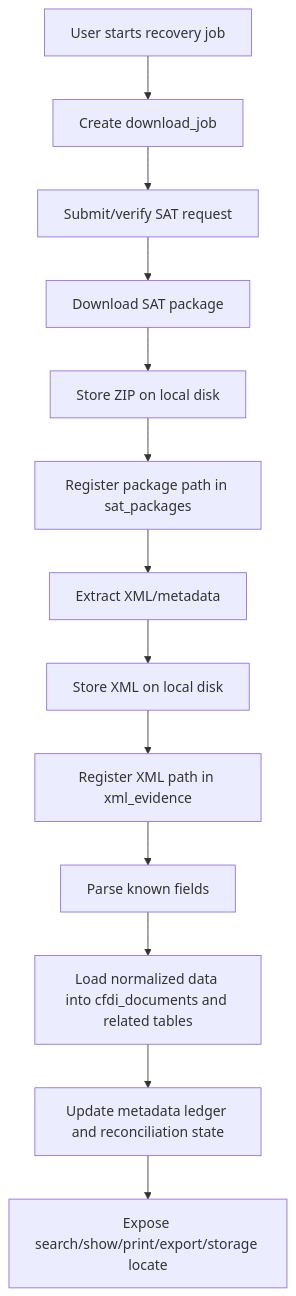
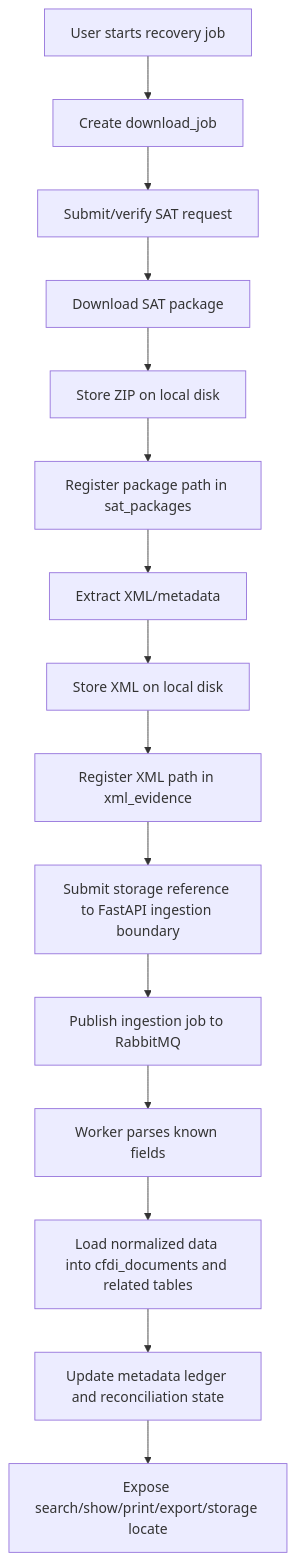
One commit to Crls8a/cfdi-vault-mx changed the first of 2 diagrams in docs/foundation/recovery-pipeline.md. Above: the diagram before and after it, drawn with Mermaid. The commit also changed other lines of this file and 27 other files, not shown here.

Commit message:
docs(architecture): document postgres queue api contract

````diff
--- a/docs/foundation/recovery-pipeline.md
+++ b/docs/foundation/recovery-pipeline.md
@@ -22,15 +23,17 @@
 ```mermaid
 flowchart TD
     A["User starts recovery job"] --> B["Create download_job"]
     B --> C["Submit/verify SAT request"]
     C --> D["Download SAT package"]
     D --> E["Store ZIP on local disk"]
     E --> F["Register package path in sat_packages"]
     F --> G["Extract XML/metadata"]
     G --> H["Store XML on local disk"]
     H --> I["Register XML path in xml_evidence"]
-    I --> J["Parse known fields"]
+    I --> API["Submit storage reference to FastAPI ingestion boundary"]
+    API --> Q["Publish ingestion job to RabbitMQ"]
+    Q --> J["Worker parses known fields"]
     J --> K["Load normalized data into cfdi_documents and related tables"]
     K --> L["Update metadata ledger and reconciliation state"]
     L --> M["Expose search/show/print/export/storage locate"]
 ```
````
